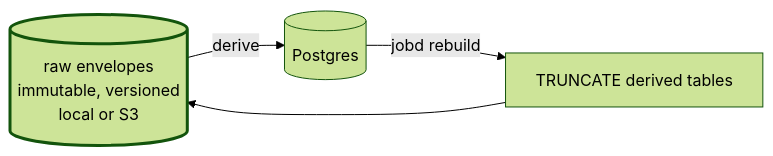
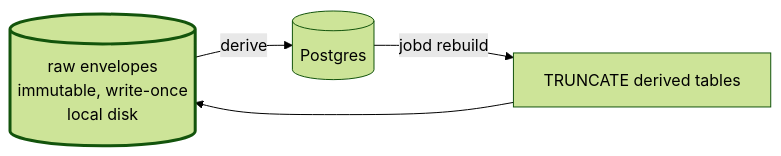
Before and after one commit to rsaim/jobd: the third of 3 diagrams in docs/architecture.md, drawn with Mermaid (forest theme). The commit also changed other lines of this file and 11 other files, not shown here.

````diff
--- a/docs/architecture.md
+++ b/docs/architecture.md
@@ -123,8 +121,8 @@
 ```mermaid
 flowchart LR
-    storage[(raw envelopes<br/>immutable, versioned<br/>local or S3)] -->|derive| pg[(Postgres)]
+    storage[(raw envelopes<br/>immutable, write-once<br/>local disk)] -->|derive| pg[(Postgres)]
     pg -->|"jobd rebuild"| drop[TRUNCATE derived tables]
     drop --> storage
 
     style storage stroke-width:3px
 ```
````
